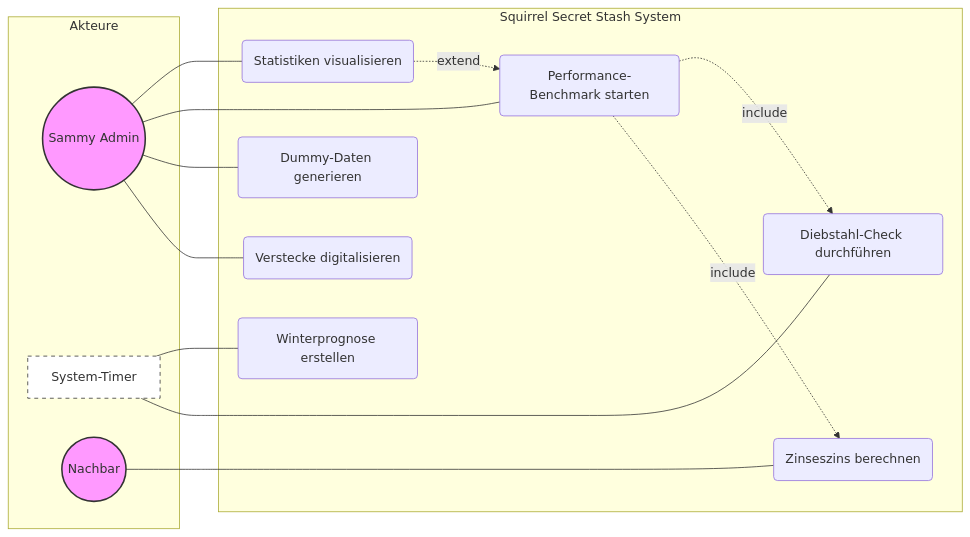
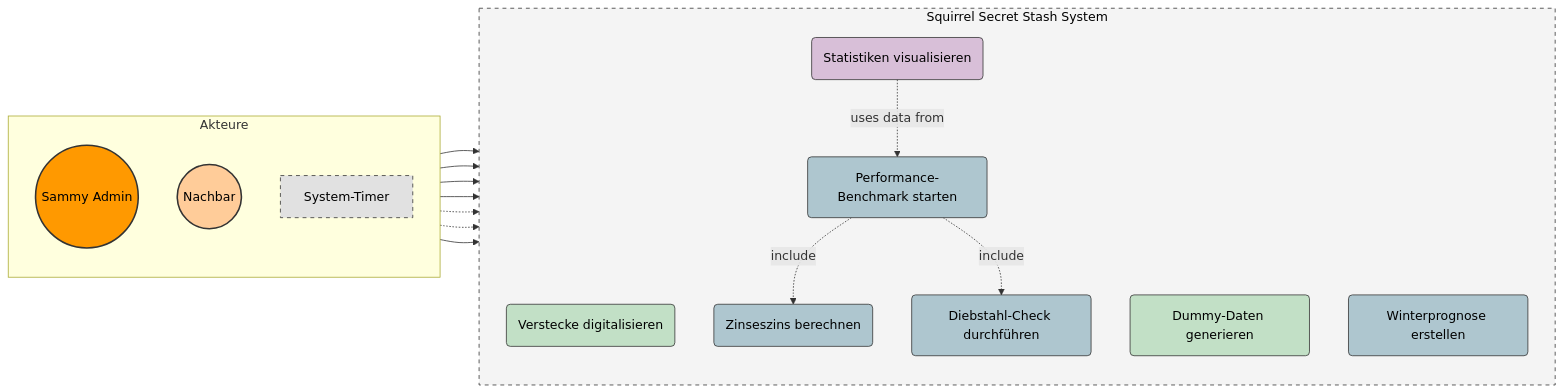
The first of 2 diagrams in src/student_projects/g02/docs/Projektkonzeption.md (sebastianbichler/IU_2026_EF_LE_BER_VC_Python), drawn with Mermaid before and after one commit. The commit also changed other lines of this file, not shown here.

````diff
--- a/src/student_projects/g02/docs/Projektkonzeption.md
+++ b/src/student_projects/g02/docs/Projektkonzeption.md
@@ -53,43 +91,58 @@
 ```mermaid
 graph LR
-    %% Actors
+    %% Styles definieren (mit expliziter schwarzer Schrift)
+    classDef actorStyle fill:#ff9900,stroke:#333,stroke-width:2px,color:black;
+    classDef neighborStyle fill:#ffcc99,stroke:#333,stroke-width:2px,color:black;
+    classDef timerStyle fill:#e1e1e1,stroke:#333,stroke-dasharray: 5 5,color:black;
+    
+    classDef dataUC fill:#c2e0c6,stroke:#333,stroke-width:1px,color:black;
+    classDef scienceUC fill:#aec6cf,stroke:#333,stroke-width:1px,color:black;
+    classDef visualUC fill:#d8bfd8,stroke:#333,stroke-width:1px,color:black;
+
+    %% Actors Area
     subgraph Akteure
-        S((Sammy Admin))
-        T[System-Timer]
-        N((Nachbar))
+        direction TB
+        S((Sammy Admin)):::actorStyle
+        N((Nachbar)):::neighborStyle
+        T[System-Timer]:::timerStyle
     end
 
     %% System Boundary
-    subgraph "Squirrel Secret Stash System"
-        UC1(Verstecke digitalisieren)
-        UC2(Dummy-Daten generieren)
-        UC3(Diebstahl-Check durchführen)
-        UC4(Zinseszins berechnen)
-        UC5(Winterprognose erstellen)
-        UC6(Performance-Benchmark starten)
-        UC7(Statistiken visualisieren)
+    %% Hintergrund jetzt Hellgrau (#f4f4f4) und Schrift schwarz
+    subgraph System ["Squirrel Secret Stash System"]
+        direction TB
+        %% Daten-Ebene
+        UC1(Verstecke digitalisieren):::dataUC
+        UC2(Dummy-Daten generieren):::dataUC
+        
+        %% Wissenschafts-Ebene (Logic)
+        UC3(Diebstahl-Check durchführen):::scienceUC
+        UC4(Zinseszins berechnen):::scienceUC
+        UC5(Winterprognose erstellen):::scienceUC
+        UC6(Performance-Benchmark starten):::scienceUC
+        
+        %% Visuelle Ebene
+        UC7(Statistiken visualisieren):::visualUC
     end
 
     %% Relations Sammy
-    S --- UC1
-    S --- UC2
-    S --- UC6
-    S --- UC7
+    S --> UC1
+    S --> UC2
+    S --> UC6
+    S --> UC7
 
     %% Relations Timer/System
-    T --- UC3
-    T --- UC5
+    T -.-> UC3
+    T -.-> UC5
 
     %% Relations Neighbor
-    N --- UC4
+    N --> UC4
 
-    %% Dependencies
+    %% Dependencies (Interne Logik)
     UC6 -.->|include| UC4
     UC6 -.->|include| UC3
-    UC7 -.->|extend| UC6
+    UC7 -.->|uses data from| UC6
 
-    %% Styling
-    style S fill:#f9f,stroke:#333,stroke-width:2px
-    style N fill:#f9f,stroke:#333,stroke-width:2px
-    style T fill:#fff,stroke:#333,stroke-dasharray: 5 5
+    %% Subgraph Styling: Füllung nicht mehr weiß, Schrift schwarz
+    style System fill:#f4f4f4,stroke:#333,stroke-dasharray: 5 5,color:black
 ```
````
